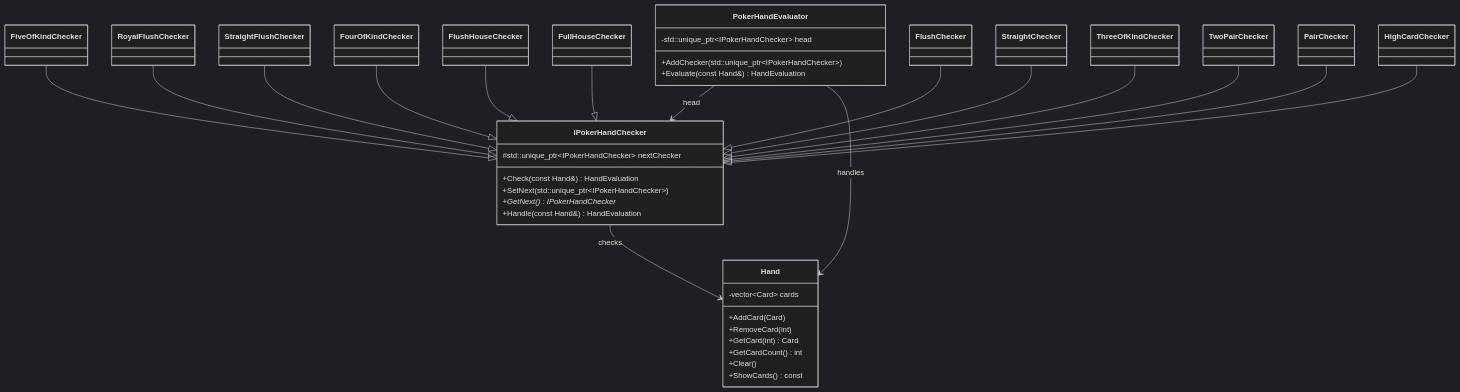
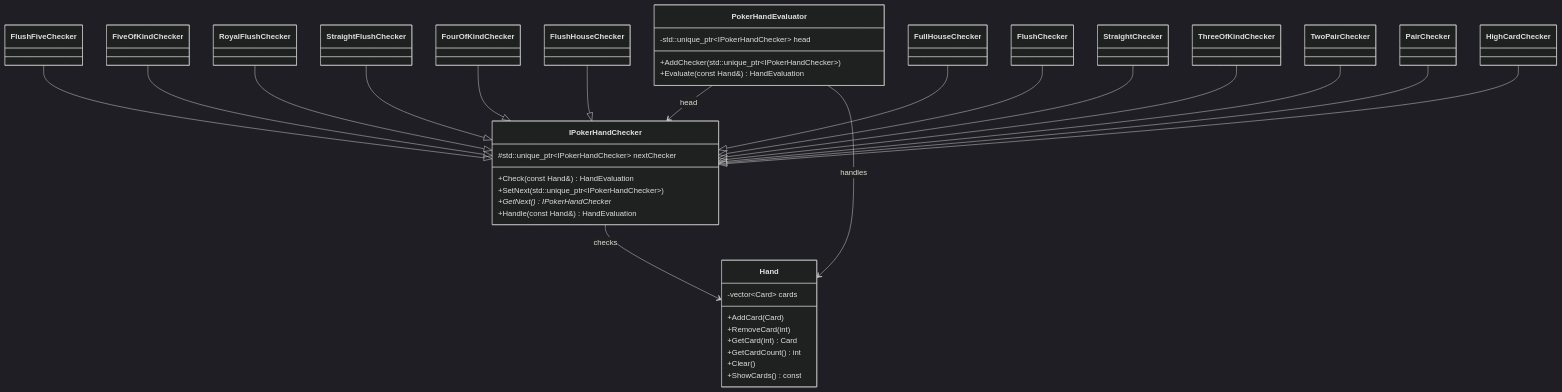
The first of 2 diagrams in docs/design-pattern-analysis.md (Amrhea/Kel.DesignPattern), drawn with Mermaid (dark theme) before and after one commit. The commit also changed other lines of this file and 4 other files, not shown here.

First line of the commit message:
Docs: FlushFive, BlindManager, tests & changelog

````diff
--- a/docs/design-pattern-analysis.md
+++ b/docs/design-pattern-analysis.md
@@ -82,56 +82,58 @@
 ```mermaid
 classDiagram
     class Hand {
         -vector~Card~ cards
         +AddCard(Card)
         +RemoveCard(int)
         +GetCard(int) Card
         +GetCardCount() int
         +Clear()
         +ShowCards() const
     }
 
     class IPokerHandChecker {
         #std::unique_ptr~IPokerHandChecker~ nextChecker
         +Check(const Hand&) HandEvaluation
         +SetNext(std::unique_ptr~IPokerHandChecker~)
         +GetNext() IPokerHandChecker*
         +Handle(const Hand&) HandEvaluation
     }
 
     class PokerHandEvaluator {
         -std::unique_ptr~IPokerHandChecker~ head
         +AddChecker(std::unique_ptr~IPokerHandChecker~)
         +Evaluate(const Hand&) HandEvaluation
     }
 
+    class FlushFiveChecker
     class FiveOfKindChecker
     class RoyalFlushChecker
     class StraightFlushChecker
     class FourOfKindChecker
     class FlushHouseChecker
     class FullHouseChecker
     class FlushChecker
     class StraightChecker
     class ThreeOfKindChecker
     class TwoPairChecker
     class PairChecker
     class HighCardChecker
 
     PokerHandEvaluator --> IPokerHandChecker : head
     IPokerHandChecker --> Hand : checks
     PokerHandEvaluator --> Hand : handles
 
+    FlushFiveChecker --|> IPokerHandChecker
     FiveOfKindChecker --|> IPokerHandChecker
     RoyalFlushChecker --|> IPokerHandChecker
     StraightFlushChecker --|> IPokerHandChecker
     FourOfKindChecker --|> IPokerHandChecker
     FlushHouseChecker --|> IPokerHandChecker
     FullHouseChecker --|> IPokerHandChecker
     FlushChecker --|> IPokerHandChecker
     StraightChecker --|> IPokerHandChecker
     ThreeOfKindChecker --|> IPokerHandChecker
     TwoPairChecker --|> IPokerHandChecker
     PairChecker --|> IPokerHandChecker
     HighCardChecker --|> IPokerHandChecker
 ```
````
